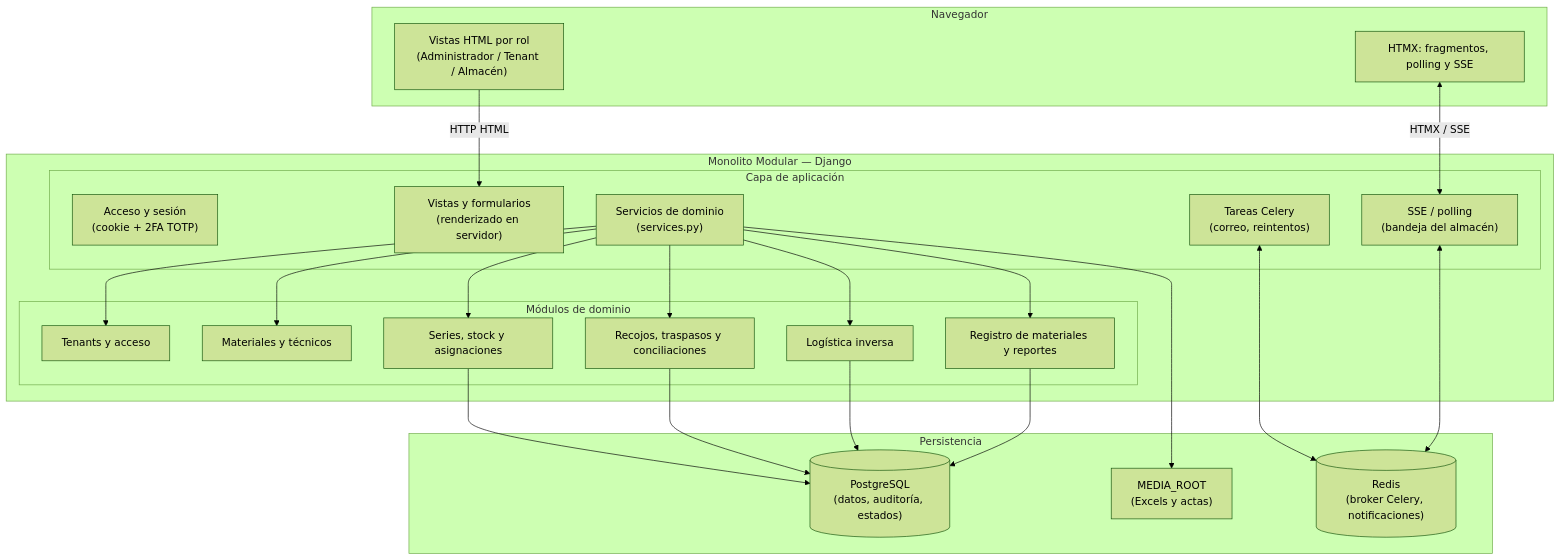
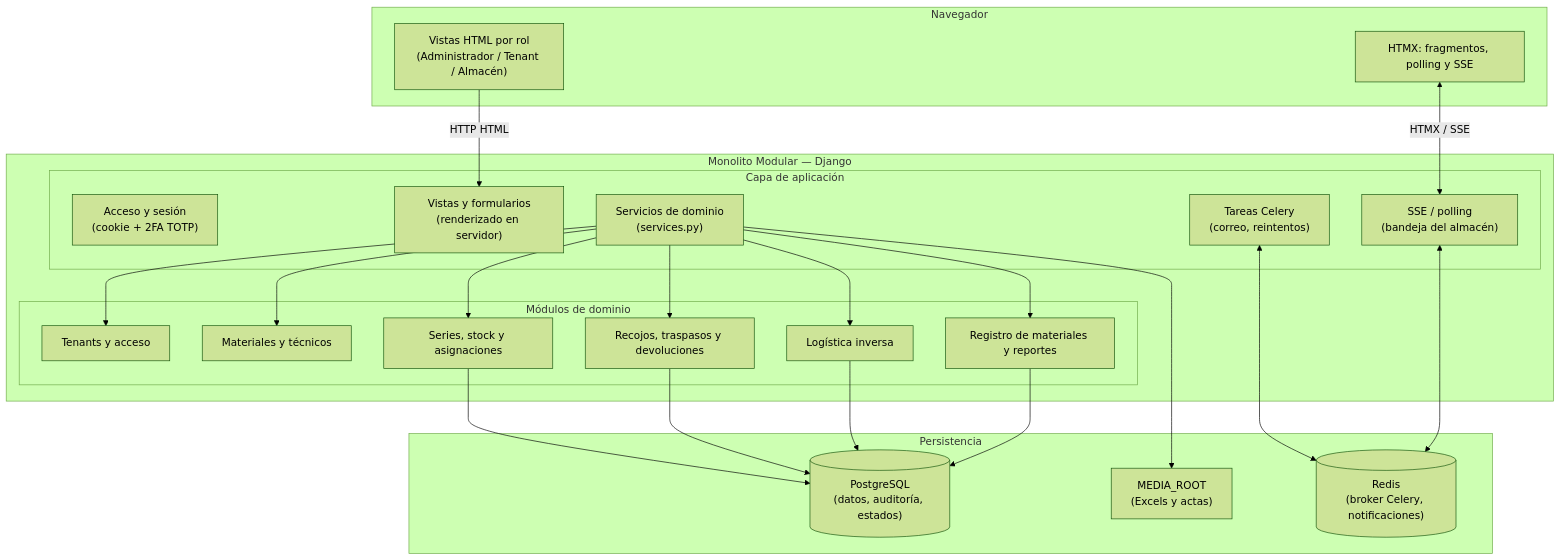
The diagram in docs/02-arquitectura-software/arquitectura.md (Klidsman/Lari_sistema-arquitSoft-02-Klidsman), drawn with Mermaid (forest theme) before and after one commit. The commit also changed 27 other files, not shown here.

````diff
--- a/docs/02-arquitectura-software/arquitectura.md
+++ b/docs/02-arquitectura-software/arquitectura.md
@@ -5,48 +5,48 @@
 ```mermaid
 flowchart TB
     subgraph Cliente["Navegador"]
         V1["Vistas HTML por rol<br/>(Administrador / Tenant / Almacén)"]
         V2["HTMX: fragmentos, polling y SSE"]
     end
 
     subgraph Monolito["Monolito Modular — Django"]
         subgraph Aplicacion["Capa de aplicación"]
             C1["Acceso y sesión<br/>(cookie + 2FA TOTP)"]
             C2["Vistas y formularios<br/>(renderizado en servidor)"]
             C3["Servicios de dominio<br/>(services.py)"]
             C4["Tareas Celery<br/>(correo, reintentos)"]
             C5["SSE / polling<br/>(bandeja del almacén)"]
         end
 
         subgraph Dominio["Módulos de dominio"]
             M1["Tenants y acceso"]
             M2["Materiales y técnicos"]
             M3["Series, stock y asignaciones"]
-            M4["Recojos, traspasos y conciliaciones"]
+            M4["Recojos, traspasos y devoluciones"]
             M5["Logística inversa"]
             M6["Registro de materiales y reportes"]
         end
     end
 
     subgraph Persistencia["Persistencia"]
         PG[("PostgreSQL<br/>(datos, auditoría, estados)")]
         RD[("Redis<br/>(broker Celery, notificaciones)")]
         FS["MEDIA_ROOT<br/>(Excels y actas)"]
     end
 
     V1 -->|HTTP HTML| C2
     V2 <-->|HTMX / SSE| C5
     C3 --> M1
     C3 --> M2
     C3 --> M3
     C3 --> M4
     C3 --> M5
     C3 --> M6
     C4 <--> RD
     C5 <--> RD
     M3 --> PG
     M4 --> PG
     M5 --> PG
     M6 --> PG
     C3 --> FS
 ```
````
